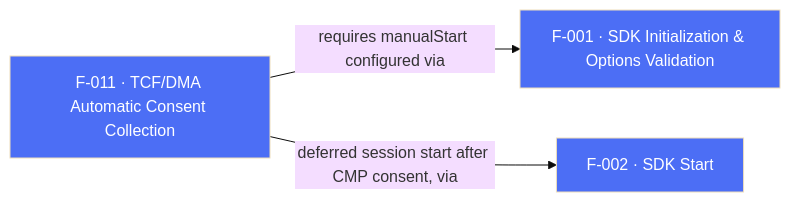
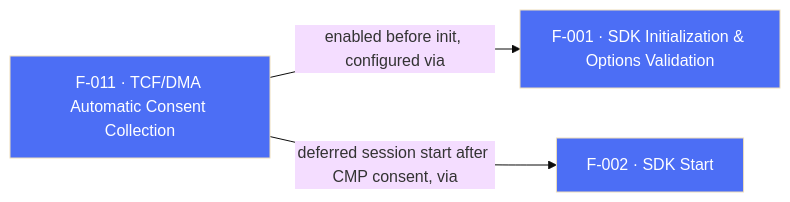
One commit to AppsFlyerSDK/appsflyer-flutter-plugin changed the diagram in internal-docs/features/F-011-tcf-dma-automatic-consent-collection.md. Above: the diagram before and after it, drawn with Mermaid (base theme). The commit also changed other lines of this file and 112 other files, not shown here.

First line of the commit message:
[DELIVERY-125863] Migrate Flutter plugin to AppsFlyer SDK 7 RPC architecture.

````diff
--- a/internal-docs/features/F-011-tcf-dma-automatic-consent-collection.md
+++ b/internal-docs/features/F-011-tcf-dma-automatic-consent-collection.md
@@ -66,6 +64,6 @@
 ```mermaid
 flowchart LR
-    F011["F-011 · TCF/DMA Automatic Consent Collection"]:::sdkCore -->|"requires manualStart configured via"| F001["F-001 · SDK Initialization & Options Validation"]:::sdkCore
+    F011["F-011 · TCF/DMA Automatic Consent Collection"]:::sdkCore -->|"enabled before init, configured via"| F001["F-001 · SDK Initialization & Options Validation"]:::sdkCore
     F011 -->|"deferred session start after CMP consent, via"| F002["F-002 · SDK Start"]:::sdkCore
     classDef sdkCore fill:#4C6EF5,color:#fff
 ```
````
